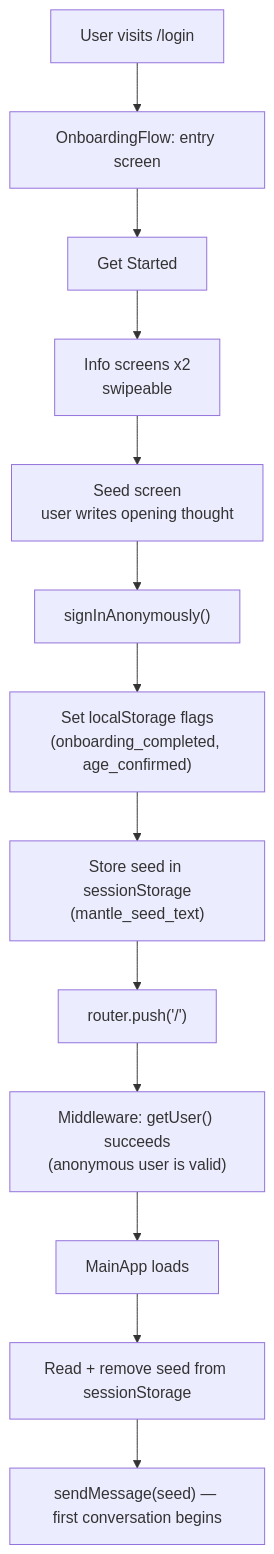
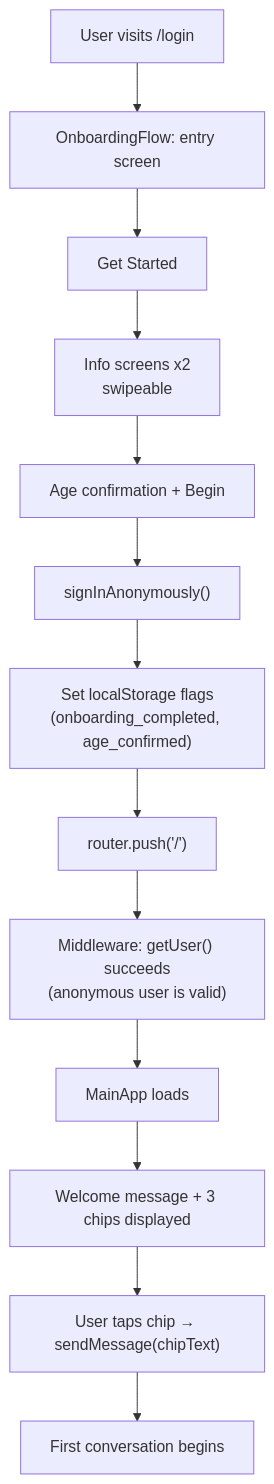
Before and after one commit to h2onation/mantle: the first of 4 diagrams in .claude/diagrams/auth-flow.md, drawn with Mermaid. The commit also changed 9 other files, not shown here.

First line of the commit message:
Sage opening: chip-based routing replaces seed text entry

````diff
--- a/.claude/diagrams/auth-flow.md
+++ b/.claude/diagrams/auth-flow.md
@@ -5,15 +5,15 @@
 ```mermaid
 flowchart TD
     A[User visits /login] --> B[OnboardingFlow: entry screen]
     B --> C["Get Started"]
     C --> D[Info screens x2<br/>swipeable]
-    D --> E[Seed screen<br/>user writes opening thought]
+    D --> E["Age confirmation + Begin"]
     E --> F["signInAnonymously()"]
     F --> G["Set localStorage flags<br/>(onboarding_completed, age_confirmed)"]
-    G --> H["Store seed in sessionStorage<br/>(mantle_seed_text)"]
-    H --> I["router.push('/')"]
-    I --> J["Middleware: getUser() succeeds<br/>(anonymous user is valid)"]
-    J --> K[MainApp loads]
-    K --> L["Read + remove seed from sessionStorage"]
-    L --> M["sendMessage(seed) — first conversation begins"]
+    G --> H["router.push('/')"]
+    H --> I["Middleware: getUser() succeeds<br/>(anonymous user is valid)"]
+    I --> J[MainApp loads]
+    J --> K["Welcome message + 3 chips displayed"]
+    K --> L["User taps chip → sendMessage(chipText)"]
+    L --> M["First conversation begins"]
 ```
````
